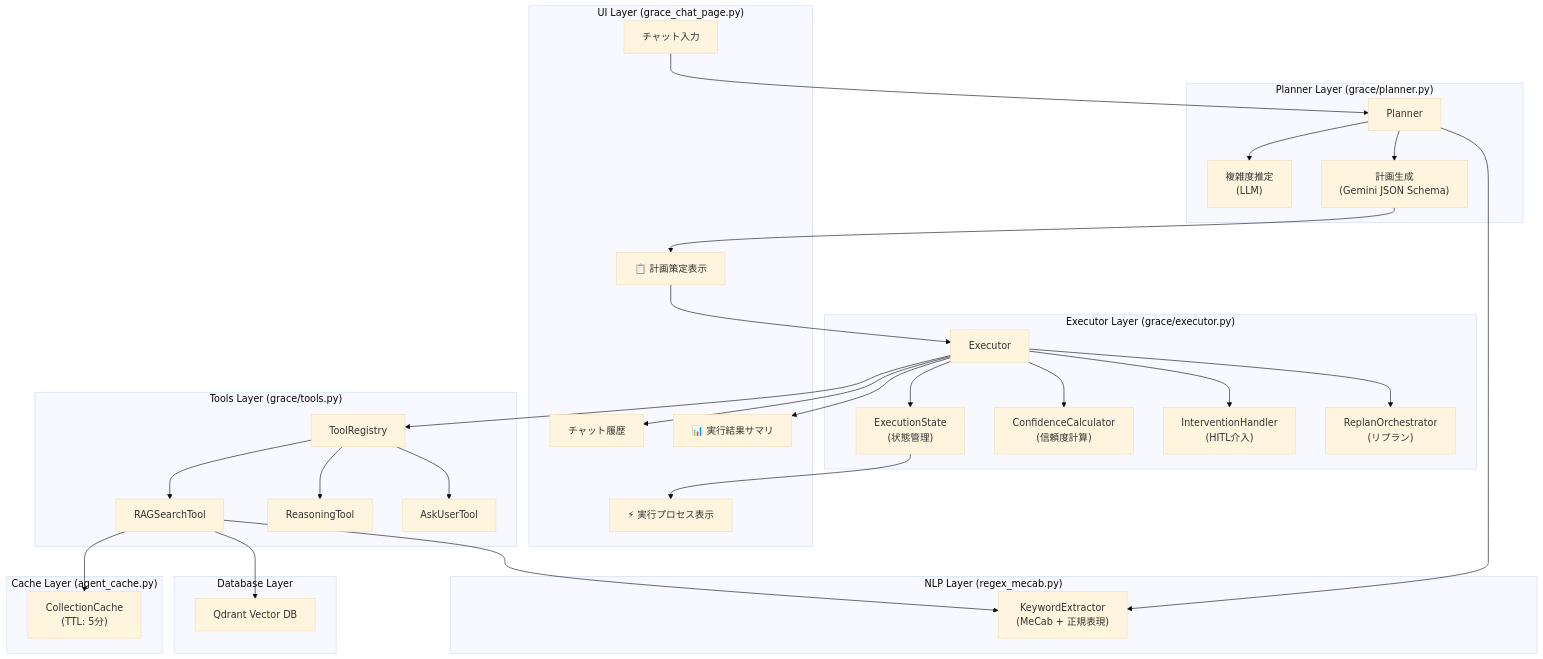
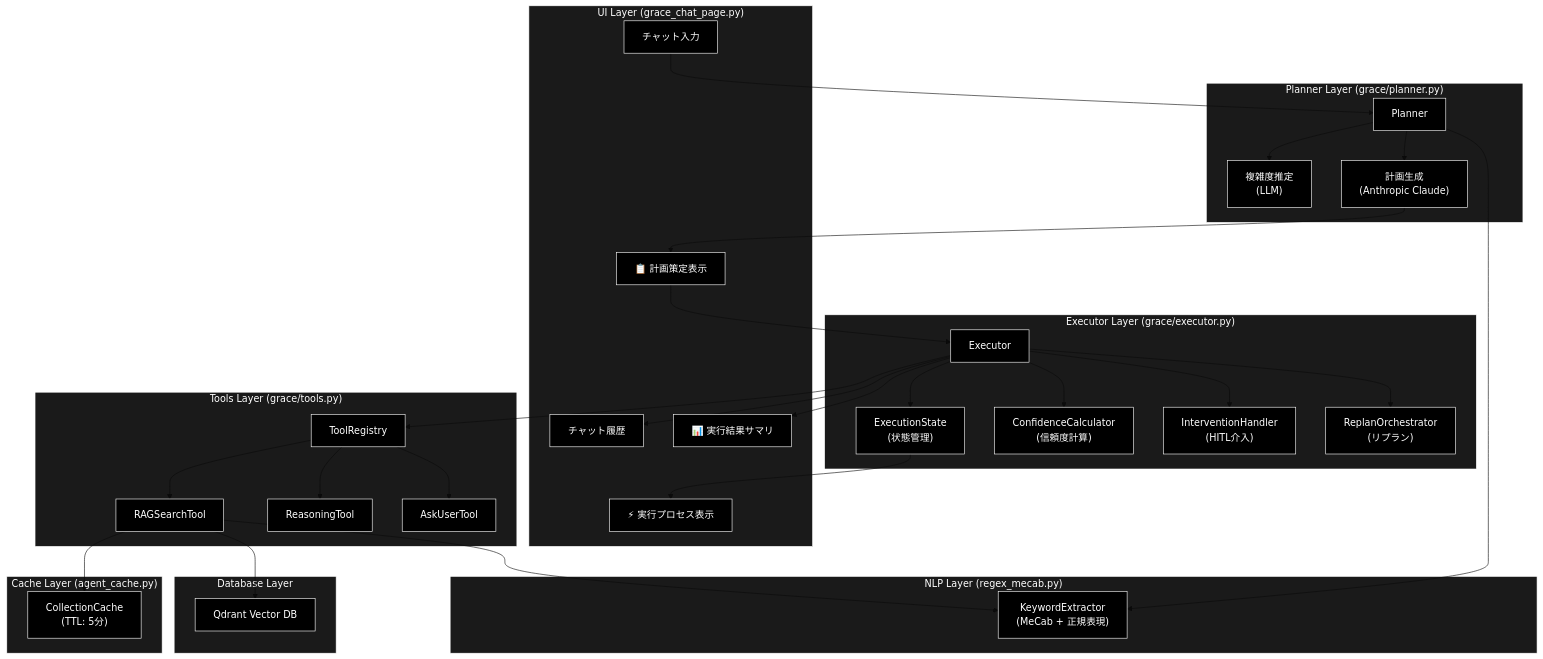
Before and after one commit to nakashima2toshio/anthropic_grace_agent: the first of 13 diagrams in readme_autonomous_agent.md, drawn with Mermaid (base theme). The commit also changed other lines of this file and 11 other files, not shown here.

````diff
--- a/readme_autonomous_agent.md
+++ b/readme_autonomous_agent.md
@@ -73,64 +73,74 @@
 ```mermaid
 flowchart TB
     subgraph UI["UI Layer (grace_chat_page.py)"]
         ChatInput["チャット入力"]
         ChatHistory["チャット履歴"]
         PlanView["📋 計画策定表示"]
         ExecView["⚡ 実行プロセス表示"]
         ResultView["📊 実行結果サマリ"]
     end
 
     subgraph Planner_Layer["Planner Layer (grace/planner.py)"]
         Planner["Planner"]
         ComplexityEstimator["複雑度推定<br/>(LLM)"]
-        PlanGeneration["計画生成<br/>(Gemini JSON Schema)"]
+        PlanGeneration["計画生成<br/>(Anthropic Claude)"]
     end
 
     subgraph Executor_Layer["Executor Layer (grace/executor.py)"]
         Executor["Executor"]
         StateManager["ExecutionState<br/>(状態管理)"]
         ConfCalc["ConfidenceCalculator<br/>(信頼度計算)"]
         IntHandler["InterventionHandler<br/>(HITL介入)"]
         ReplanOrch["ReplanOrchestrator<br/>(リプラン)"]
     end
 
     subgraph Tools["Tools Layer (grace/tools.py)"]
         ToolRegistry["ToolRegistry"]
         RAGSearch["RAGSearchTool"]
         Reasoning["ReasoningTool"]
         AskUser["AskUserTool"]
     end
 
     subgraph Cache["Cache Layer (agent_cache.py)"]
         CollectionCache["CollectionCache<br/>(TTL: 5分)"]
     end
 
     subgraph NLP["NLP Layer (regex_mecab.py)"]
         KeywordExtractor["KeywordExtractor<br/>(MeCab + 正規表現)"]
     end
 
     subgraph DB["Database Layer"]
         Qdrant["Qdrant Vector DB"]
     end
 
     ChatInput --> Planner
     Planner --> ComplexityEstimator
     Planner --> PlanGeneration
     PlanGeneration --> PlanView
     PlanView --> Executor
     Executor --> StateManager
     Executor --> ConfCalc
     Executor --> IntHandler
     Executor --> ReplanOrch
     Executor --> ToolRegistry
     ToolRegistry --> RAGSearch
     ToolRegistry --> Reasoning
     ToolRegistry --> AskUser
     RAGSearch --> CollectionCache
     RAGSearch --> Qdrant
     Planner --> KeywordExtractor
     RAGSearch --> KeywordExtractor
     StateManager --> ExecView
     Executor --> ResultView
     Executor --> ChatHistory
+classDef default fill:#000,stroke:#fff,color:#fff
+classDef subgraphStyle fill:#1a1a1a,stroke:#fff,color:#fff
+class AskUser,ChatHistory,ChatInput,CollectionCache,ComplexityEstimator,ConfCalc,DB,ExecView,Executor,IntHandler,KeywordExtractor,PlanGeneration,PlanView,Planner,Qdrant,RAGSearch,Reasoning,ReplanOrch,ResultView,StateManager,ToolRegistry default
+style UI fill:#1a1a1a,stroke:#fff,color:#fff
+style Planner_Layer fill:#1a1a1a,stroke:#fff,color:#fff
+style Executor_Layer fill:#1a1a1a,stroke:#fff,color:#fff
+style Tools fill:#1a1a1a,stroke:#fff,color:#fff
+style Cache fill:#1a1a1a,stroke:#fff,color:#fff
+style NLP fill:#1a1a1a,stroke:#fff,color:#fff
+style DB fill:#1a1a1a,stroke:#fff,color:#fff
 ```
````
